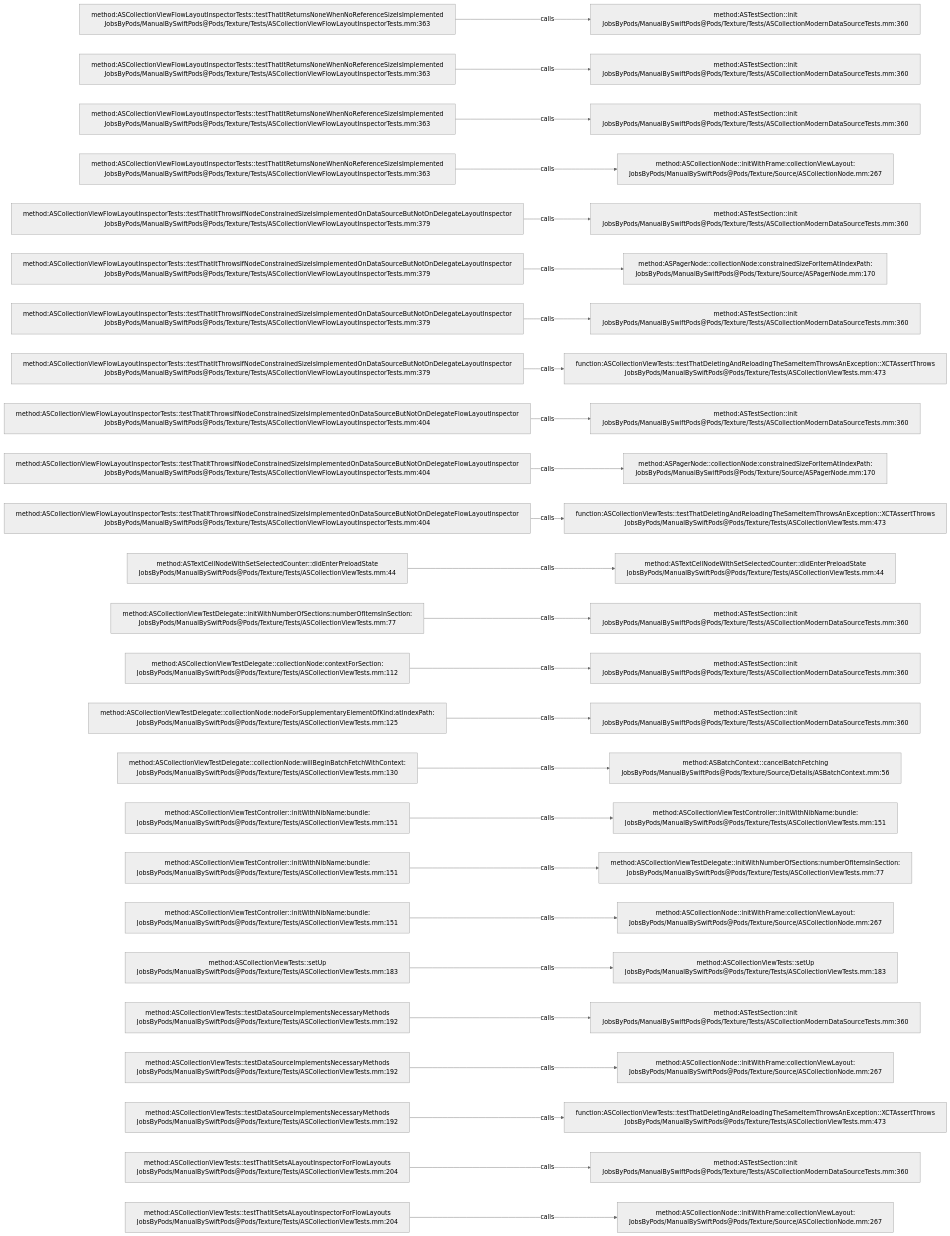
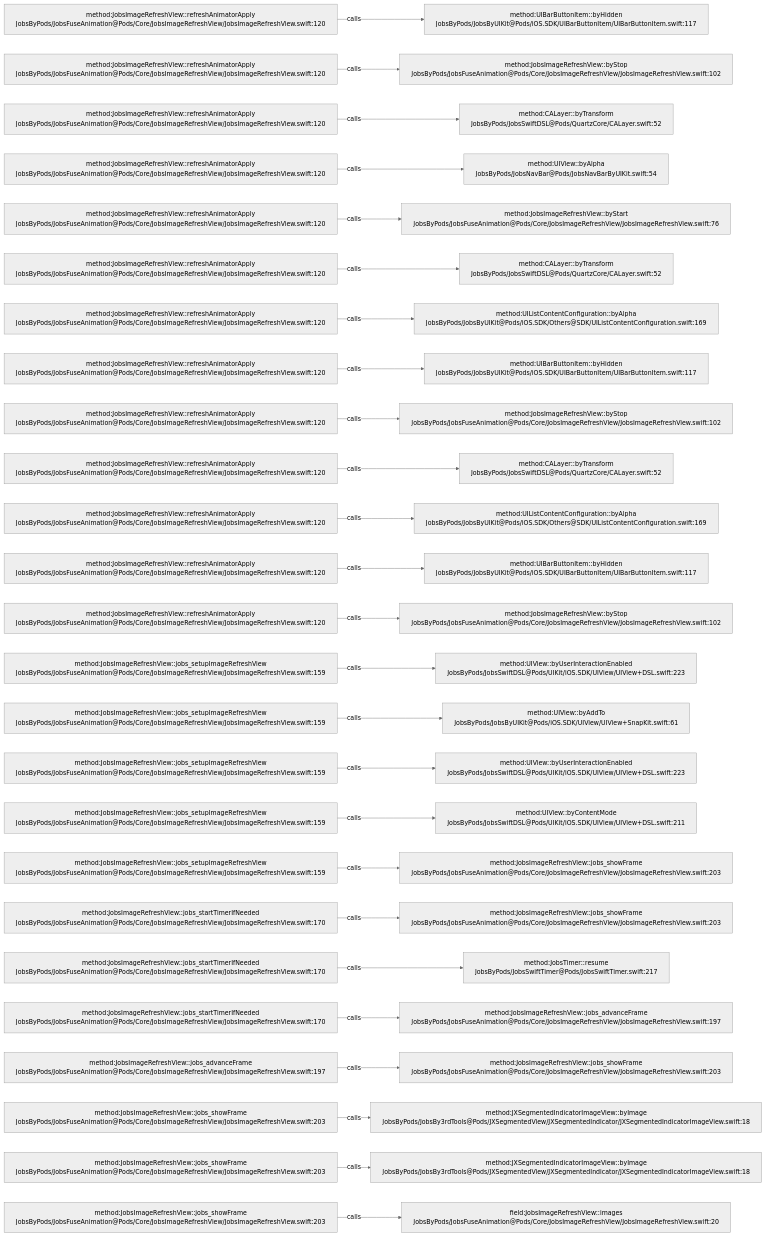
The diagram in .codegraph/codegraph.md/graphs/calls-170.md (JobsKits/JobsSwiftBaseConfigDemo), drawn with Mermaid (neutral theme) before and after one commit. The commit also changed 224 other files, not shown here.

````diff
--- a/.codegraph/codegraph.md/graphs/calls-170.md
+++ b/.codegraph/codegraph.md/graphs/calls-170.md
@@ -13,78 +13,78 @@
 ```mermaid
 flowchart LR
-  S1["method:ASCollectionViewFlowLayoutInspectorTests::testThatItReturnsNoneWhenNoReferenceSizeIsImplemented<br/>JobsByPods/ManualBySwiftPods@Pods/Texture/Tests/ASCollectionViewFlowLayoutInspectorTests.mm:363"]
-  T1["method:ASTestSection::init<br/>JobsByPods/ManualBySwiftPods@Pods/Texture/Tests/ASCollectionModernDataSourceTests.mm:360"]
+  S1["method:JobsImageRefreshView::refreshAnimatorApply<br/>JobsByPods/JobsFuseAnimation@Pods/Core/JobsImageRefreshView/JobsImageRefreshView.swift:120"]
+  T1["method:UIBarButtonItem::byHidden<br/>JobsByPods/JobsByUIKit@Pods/iOS.SDK/UIBarButtonItem/UIBarButtonItem.swift:117"]
   S1 -->|calls| T1
-  S2["method:ASCollectionViewFlowLayoutInspectorTests::testThatItReturnsNoneWhenNoReferenceSizeIsImplemented<br/>JobsByPods/ManualBySwiftPods@Pods/Texture/Tests/ASCollectionViewFlowLayoutInspectorTests.mm:363"]
-  T2["method:ASTestSection::init<br/>JobsByPods/ManualBySwiftPods@Pods/Texture/Tests/ASCollectionModernDataSourceTests.mm:360"]
+  S2["method:JobsImageRefreshView::refreshAnimatorApply<br/>JobsByPods/JobsFuseAnimation@Pods/Core/JobsImageRefreshView/JobsImageRefreshView.swift:120"]
+  T2["method:JobsImageRefreshView::byStop<br/>JobsByPods/JobsFuseAnimation@Pods/Core/JobsImageRefreshView/JobsImageRefreshView.swift:102"]
   S2 -->|calls| T2
-  S3["method:ASCollectionViewFlowLayoutInspectorTests::testThatItReturnsNoneWhenNoReferenceSizeIsImplemented<br/>JobsByPods/ManualBySwiftPods@Pods/Texture/Tests/ASCollectionViewFlowLayoutInspectorTests.mm:363"]
-  T3["method:ASTestSection::init<br/>JobsByPods/ManualBySwiftPods@Pods/Texture/Tests/ASCollectionModernDataSourceTests.mm:360"]
+  S3["method:JobsImageRefreshView::refreshAnimatorApply<br/>JobsByPods/JobsFuseAnimation@Pods/Core/JobsImageRefreshView/JobsImageRefreshView.swift:120"]
+  T3["method:CALayer::byTransform<br/>JobsByPods/JobsSwiftDSL@Pods/QuartzCore/CALayer.swift:52"]
   S3 -->|calls| T3
-  S4["method:ASCollectionViewFlowLayoutInspectorTests::testThatItReturnsNoneWhenNoReferenceSizeIsImplemented<br/>JobsByPods/ManualBySwiftPods@Pods/Texture/Tests/ASCollectionViewFlowLayoutInspectorTests.mm:363"]
-  T4["method:ASCollectionNode::initWithFrame:collectionViewLayout:<br/>JobsByPods/ManualBySwiftPods@Pods/Texture/Source/ASCollectionNode.mm:267"]
+  S4["method:JobsImageRefreshView::refreshAnimatorApply<br/>JobsByPods/JobsFuseAnimation@Pods/Core/JobsImageRefreshView/JobsImageRefreshView.swift:120"]
+  T4["method:UIView::byAlpha<br/>JobsByPods/JobsNavBar@Pods/JobsNavBarByUIKit.swift:54"]
   S4 -->|calls| T4
-  S5["method:ASCollectionViewFlowLayoutInspectorTests::testThatItThrowsIfNodeConstrainedSizeIsImplementedOnDataSourceButNotOnDelegateLayoutInspector<br/>JobsByPods/ManualBySwiftPods@Pods/Texture/Tests/ASCollectionViewFlowLayoutInspectorTests.mm:379"]
-  T5["method:ASTestSection::init<br/>JobsByPods/ManualBySwiftPods@Pods/Texture/Tests/ASCollectionModernDataSourceTests.mm:360"]
+  S5["method:JobsImageRefreshView::refreshAnimatorApply<br/>JobsByPods/JobsFuseAnimation@Pods/Core/JobsImageRefreshView/JobsImageRefreshView.swift:120"]
+  T5["method:JobsImageRefreshView::byStart<br/>JobsByPods/JobsFuseAnimation@Pods/Core/JobsImageRefreshView/JobsImageRefreshView.swift:76"]
   S5 -->|calls| T5
-  S6["method:ASCollectionViewFlowLayoutInspectorTests::testThatItThrowsIfNodeConstrainedSizeIsImplementedOnDataSourceButNotOnDelegateLayoutInspector<br/>JobsByPods/ManualBySwiftPods@Pods/Texture/Tests/ASCollectionViewFlowLayoutInspectorTests.mm:379"]
-  T6["method:ASPagerNode::collectionNode:constrainedSizeForItemAtIndexPath:<br/>JobsByPods/ManualBySwiftPods@Pods/Texture/Source/ASPagerNode.mm:170"]
+  S6["method:JobsImageRefreshView::refreshAnimatorApply<br/>JobsByPods/JobsFuseAnimation@Pods/Core/JobsImageRefreshView/JobsImageRefreshView.swift:120"]
+  T6["method:CALayer::byTransform<br/>JobsByPods/JobsSwiftDSL@Pods/QuartzCore/CALayer.swift:52"]
   S6 -->|calls| T6
-  S7["method:ASCollectionViewFlowLayoutInspectorTests::testThatItThrowsIfNodeConstrainedSizeIsImplementedOnDataSourceButNotOnDelegateLayoutInspector<br/>JobsByPods/ManualBySwiftPods@Pods/Texture/Tests/ASCollectionViewFlowLayoutInspectorTests.mm:379"]
-  T7["method:ASTestSection::init<br/>JobsByPods/ManualBySwiftPods@Pods/Texture/Tests/ASCollectionModernDataSourceTests.mm:360"]
+  S7["method:JobsImageRefreshView::refreshAnimatorApply<br/>JobsByPods/JobsFuseAnimation@Pods/Core/JobsImageRefreshView/JobsImageRefreshView.swift:120"]
+  T7["method:UIListContentConfiguration::byAlpha<br/>JobsByPods/JobsByUIKit@Pods/iOS.SDK/Others@SDK/UIListContentConfiguration.swift:169"]
   S7 -->|calls| T7
-  S8["method:ASCollectionViewFlowLayoutInspectorTests::testThatItThrowsIfNodeConstrainedSizeIsImplementedOnDataSourceButNotOnDelegateLayoutInspector<br/>JobsByPods/ManualBySwiftPods@Pods/Texture/Tests/ASCollectionViewFlowLayoutInspectorTests.mm:379"]
-  T8["function:ASCollectionViewTests::testThatDeletingAndReloadingTheSameItemThrowsAnException::XCTAssertThrows<br/>JobsByPods/ManualBySwiftPods@Pods/Texture/Tests/ASCollectionViewTests.mm:473"]
+  S8["method:JobsImageRefreshView::refreshAnimatorApply<br/>JobsByPods/JobsFuseAnimation@Pods/Core/JobsImageRefreshView/JobsImageRefreshView.swift:120"]
+  T8["method:UIBarButtonItem::byHidden<br/>JobsByPods/JobsByUIKit@Pods/iOS.SDK/UIBarButtonItem/UIBarButtonItem.swift:117"]
   S8 -->|calls| T8
-  S9["method:ASCollectionViewFlowLayoutInspectorTests::testThatItThrowsIfNodeConstrainedSizeIsImplementedOnDataSourceButNotOnDelegateFlowLayoutInspector<br/>JobsByPods/ManualBySwiftPods@Pods/Texture/Tests/ASCollectionViewFlowLayoutInspectorTests.mm:404"]
-  T9["method:ASTestSection::init<br/>JobsByPods/ManualBySwiftPods@Pods/Texture/Tests/ASCollectionModernDataSourceTests.mm:360"]
+  S9["method:JobsImageRefreshView::refreshAnimatorApply<br/>JobsByPods/JobsFuseAnimation@Pods/Core/JobsImageRefreshView/JobsImageRefreshView.swift:120"]
+  T9["method:JobsImageRefreshView::byStop<br/>JobsByPods/JobsFuseAnimation@Pods/Core/JobsImageRefreshView/JobsImageRefreshView.swift:102"]
   S9 -->|calls| T9
-  S10["method:ASCollectionViewFlowLayoutInspectorTests::testThatItThrowsIfNodeConstrainedSizeIsImplementedOnDataSourceButNotOnDelegateFlowLayoutInspector<br/>JobsByPods/ManualBySwiftPods@Pods/Texture/Tests/ASCollectionViewFlowLayoutInspectorTests.mm:404"]
-  T10["method:ASPagerNode::collectionNode:constrainedSizeForItemAtIndexPath:<br/>JobsByPods/ManualBySwiftPods@Pods/Texture/Source/ASPagerNode.mm:170"]
+  S10["method:JobsImageRefreshView::refreshAnimatorApply<br/>JobsByPods/JobsFuseAnimation@Pods/Core/JobsImageRefreshView/JobsImageRefreshView.swift:120"]
+  T10["method:CALayer::byTransform<br/>JobsByPods/JobsSwiftDSL@Pods/QuartzCore/CALayer.swift:52"]
   S10 -->|calls| T10
-  S11["method:ASCollectionViewFlowLayoutInspectorTests::testThatItThrowsIfNodeConstrainedSizeIsImplementedOnDataSourceButNotOnDelegateFlowLayoutInspector<br/>JobsByPods/ManualBySwiftPods@Pods/Texture/Tests/ASCollectionViewFlowLayoutInspectorTests.mm:404"]
-  T11["function:ASCollectionViewTests::testThatDeletingAndReloadingTheSameItemThrowsAnException::XCTAssertThrows<br/>JobsByPods/ManualBySwiftPods@Pods/Texture/Tests/ASCollectionViewTests.mm:473"]
+  S11["method:JobsImageRefreshView::refreshAnimatorApply<br/>JobsByPods/JobsFuseAnimation@Pods/Core/JobsImageRefreshView/JobsImageRefreshView.swift:120"]
+  T11["method:UIListContentConfiguration::byAlpha<br/>JobsByPods/JobsByUIKit@Pods/iOS.SDK/Others@SDK/UIListContentConfiguration.swift:169"]
   S11 -->|calls| T11
-  S12["method:ASTextCellNodeWithSetSelectedCounter::didEnterPreloadState<br/>JobsByPods/ManualBySwiftPods@Pods/Texture/Tests/ASCollectionViewTests.mm:44"]
-  T12["method:ASTextCellNodeWithSetSelectedCounter::didEnterPreloadState<br/>JobsByPods/ManualBySwiftPods@Pods/Texture/Tests/ASCollectionViewTests.mm:44"]
+  S12["method:JobsImageRefreshView::refreshAnimatorApply<br/>JobsByPods/JobsFuseAnimation@Pods/Core/JobsImageRefreshView/JobsImageRefreshView.swift:120"]
+  T12["method:UIBarButtonItem::byHidden<br/>JobsByPods/JobsByUIKit@Pods/iOS.SDK/UIBarButtonItem/UIBarButtonItem.swift:117"]
   S12 -->|calls| T12
-  S13["method:ASCollectionViewTestDelegate::initWithNumberOfSections:numberOfItemsInSection:<br/>JobsByPods/ManualBySwiftPods@Pods/Texture/Tests/ASCollectionViewTests.mm:77"]
-  T13["method:ASTestSection::init<br/>JobsByPods/ManualBySwiftPods@Pods/Texture/Tests/ASCollectionModernDataSourceTests.mm:360"]
+  S13["method:JobsImageRefreshView::refreshAnimatorApply<br/>JobsByPods/JobsFuseAnimation@Pods/Core/JobsImageRefreshView/JobsImageRefreshView.swift:120"]
+  T13["method:JobsImageRefreshView::byStop<br/>JobsByPods/JobsFuseAnimation@Pods/Core/JobsImageRefreshView/JobsImageRefreshView.swift:102"]
   S13 -->|calls| T13
-  S14["method:ASCollectionViewTestDelegate::collectionNode:contextForSection:<br/>JobsByPods/ManualBySwiftPods@Pods/Texture/Tests/ASCollectionViewTests.mm:112"]
-  T14["method:ASTestSection::init<br/>JobsByPods/ManualBySwiftPods@Pods/Texture/Tests/ASCollectionModernDataSourceTests.mm:360"]
+  S14["method:JobsImageRefreshView::jobs_setupImageRefreshView<br/>JobsByPods/JobsFuseAnimation@Pods/Core/JobsImageRefreshView/JobsImageRefreshView.swift:159"]
+  T14["method:UIView::byUserInteractionEnabled<br/>JobsByPods/JobsSwiftDSL@Pods/UIKit/iOS.SDK/UIView/UIView+DSL.swift:223"]
   S14 -->|calls| T14
-  S15["method:ASCollectionViewTestDelegate::collectionNode:nodeForSupplementaryElementOfKind:atIndexPath:<br/>JobsByPods/ManualBySwiftPods@Pods/Texture/Tests/ASCollectionViewTests.mm:125"]
-  T15["method:ASTestSection::init<br/>JobsByPods/ManualBySwiftPods@Pods/Texture/Tests/ASCollectionModernDataSourceTests.mm:360"]
+  S15["method:JobsImageRefreshView::jobs_setupImageRefreshView<br/>JobsByPods/JobsFuseAnimation@Pods/Core/JobsImageRefreshView/JobsImageRefreshView.swift:159"]
+  T15["method:UIView::byAddTo<br/>JobsByPods/JobsByUIKit@Pods/iOS.SDK/UIView/UIView+SnapKit.swift:61"]
   S15 -->|calls| T15
-  S16["method:ASCollectionViewTestDelegate::collectionNode:willBeginBatchFetchWithContext:<br/>JobsByPods/ManualBySwiftPods@Pods/Texture/Tests/ASCollectionViewTests.mm:130"]
-  T16["method:ASBatchContext::cancelBatchFetching<br/>JobsByPods/ManualBySwiftPods@Pods/Texture/Source/Details/ASBatchContext.mm:56"]
+  S16["method:JobsImageRefreshView::jobs_setupImageRefreshView<br/>JobsByPods/JobsFuseAnimation@Pods/Core/JobsImageRefreshView/JobsImageRefreshView.swift:159"]
+  T16["method:UIView::byUserInteractionEnabled<br/>JobsByPods/JobsSwiftDSL@Pods/UIKit/iOS.SDK/UIView/UIView+DSL.swift:223"]
   S16 -->|calls| T16
-  S17["method:ASCollectionViewTestController::initWithNibName:bundle:<br/>JobsByPods/ManualBySwiftPods@Pods/Texture/Tests/ASCollectionViewTests.mm:151"]
-  T17["method:ASCollectionViewTestController::initWithNibName:bundle:<br/>JobsByPods/ManualBySwiftPods@Pods/Texture/Tests/ASCollectionViewTests.mm:151"]
+  S17["method:JobsImageRefreshView::jobs_setupImageRefreshView<br/>JobsByPods/JobsFuseAnimation@Pods/Core/JobsImageRefreshView/JobsImageRefreshView.swift:159"]
+  T17["method:UIView::byContentMode<br/>JobsByPods/JobsSwiftDSL@Pods/UIKit/iOS.SDK/UIView/UIView+DSL.swift:211"]
   S17 -->|calls| T17
-  S18["method:ASCollectionViewTestController::initWithNibName:bundle:<br/>JobsByPods/ManualBySwiftPods@Pods/Texture/Tests/ASCollectionViewTests.mm:151"]
-  T18["method:ASCollectionViewTestDelegate::initWithNumberOfSections:numberOfItemsInSection:<br/>JobsByPods/ManualBySwiftPods@Pods/Texture/Tests/ASCollectionViewTests.mm:77"]
+  S18["method:JobsImageRefreshView::jobs_setupImageRefreshView<br/>JobsByPods/JobsFuseAnimation@Pods/Core/JobsImageRefreshView/JobsImageRefreshView.swift:159"]
+  T18["method:JobsImageRefreshView::jobs_showFrame<br/>JobsByPods/JobsFuseAnimation@Pods/Core/JobsImageRefreshView/JobsImageRefreshView.swift:203"]
   S18 -->|calls| T18
-  S19["method:ASCollectionViewTestController::initWithNibName:bundle:<br/>JobsByPods/ManualBySwiftPods@Pods/Texture/Tests/ASCollectionViewTests.mm:151"]
-  T19["method:ASCollectionNode::initWithFrame:collectionViewLayout:<br/>JobsByPods/ManualBySwiftPods@Pods/Texture/Source/ASCollectionNode.mm:267"]
+  S19["method:JobsImageRefreshView::jobs_startTimerIfNeeded<br/>JobsByPods/JobsFuseAnimation@Pods/Core/JobsImageRefreshView/JobsImageRefreshView.swift:170"]
+  T19["method:JobsImageRefreshView::jobs_showFrame<br/>JobsByPods/JobsFuseAnimation@Pods/Core/JobsImageRefreshView/JobsImageRefreshView.swift:203"]
   S19 -->|calls| T19
-  S20["method:ASCollectionViewTests::setUp<br/>JobsByPods/ManualBySwiftPods@Pods/Texture/Tests/ASCollectionViewTests.mm:183"]
-  T20["method:ASCollectionViewTests::setUp<br/>JobsByPods/ManualBySwiftPods@Pods/Texture/Tests/ASCollectionViewTests.mm:183"]
+  S20["method:JobsImageRefreshView::jobs_startTimerIfNeeded<br/>JobsByPods/JobsFuseAnimation@Pods/Core/JobsImageRefreshView/JobsImageRefreshView.swift:170"]
+  T20["method:JobsTimer::resume<br/>JobsByPods/JobsSwiftTimer@Pods/JobsSwiftTimer.swift:217"]
   S20 -->|calls| T20
-  S21["method:ASCollectionViewTests::testDataSourceImplementsNecessaryMethods<br/>JobsByPods/ManualBySwiftPods@Pods/Texture/Tests/ASCollectionViewTests.mm:192"]
-  T21["method:ASTestSection::init<br/>JobsByPods/ManualBySwiftPods@Pods/Texture/Tests/ASCollectionModernDataSourceTests.mm:360"]
+  S21["method:JobsImageRefreshView::jobs_startTimerIfNeeded<br/>JobsByPods/JobsFuseAnimation@Pods/Core/JobsImageRefreshView/JobsImageRefreshView.swift:170"]
+  T21["method:JobsImageRefreshView::jobs_advanceFrame<br/>JobsByPods/JobsFuseAnimation@Pods/Core/JobsImageRefreshView/JobsImageRefreshView.swift:197"]
   S21 -->|calls| T21
-  S22["method:ASCollectionViewTests::testDataSourceImplementsNecessaryMethods<br/>JobsByPods/ManualBySwiftPods@Pods/Texture/Tests/ASCollectionViewTests.mm:192"]
-  T22["method:ASCollectionNode::initWithFrame:collectionViewLayout:<br/>JobsByPods/ManualBySwiftPods@Pods/Texture/Source/ASCollectionNode.mm:267"]
+  S22["method:JobsImageRefreshView::jobs_advanceFrame<br/>JobsByPods/JobsFuseAnimation@Pods/Core/JobsImageRefreshView/JobsImageRefreshView.swift:197"]
+  T22["method:JobsImageRefreshView::jobs_showFrame<br/>JobsByPods/JobsFuseAnimation@Pods/Core/JobsImageRefreshView/JobsImageRefreshView.swift:203"]
   S22 -->|calls| T22
-  S23["method:ASCollectionViewTests::testDataSourceImplementsNecessaryMethods<br/>JobsByPods/ManualBySwiftPods@Pods/Texture/Tests/ASCollectionViewTests.mm:192"]
-  T23["function:ASCollectionViewTests::testThatDeletingAndReloadingTheSameItemThrowsAnException::XCTAssertThrows<br/>JobsByPods/ManualBySwiftPods@Pods/Texture/Tests/ASCollectionViewTests.mm:473"]
+  S23["method:JobsImageRefreshView::jobs_showFrame<br/>JobsByPods/JobsFuseAnimation@Pods/Core/JobsImageRefreshView/JobsImageRefreshView.swift:203"]
+  T23["method:JXSegmentedIndicatorImageView::byImage<br/>JobsByPods/JobsBy3rdTools@Pods/JXSegmentedView/JXSegmentedIndicator/JXSegmentedIndicatorImageView.swift:18"]
   S23 -->|calls| T23
-  S24["method:ASCollectionViewTests::testThatItSetsALayoutInspectorForFlowLayouts<br/>JobsByPods/ManualBySwiftPods@Pods/Texture/Tests/ASCollectionViewTests.mm:204"]
-  T24["method:ASTestSection::init<br/>JobsByPods/ManualBySwiftPods@Pods/Texture/Tests/ASCollectionModernDataSourceTests.mm:360"]
+  S24["method:JobsImageRefreshView::jobs_showFrame<br/>JobsByPods/JobsFuseAnimation@Pods/Core/JobsImageRefreshView/JobsImageRefreshView.swift:203"]
+  T24["method:JXSegmentedIndicatorImageView::byImage<br/>JobsByPods/JobsBy3rdTools@Pods/JXSegmentedView/JXSegmentedIndicator/JXSegmentedIndicatorImageView.swift:18"]
   S24 -->|calls| T24
-  S25["method:ASCollectionViewTests::testThatItSetsALayoutInspectorForFlowLayouts<br/>JobsByPods/ManualBySwiftPods@Pods/Texture/Tests/ASCollectionViewTests.mm:204"]
-  T25["method:ASCollectionNode::initWithFrame:collectionViewLayout:<br/>JobsByPods/ManualBySwiftPods@Pods/Texture/Source/ASCollectionNode.mm:267"]
+  S25["method:JobsImageRefreshView::jobs_showFrame<br/>JobsByPods/JobsFuseAnimation@Pods/Core/JobsImageRefreshView/JobsImageRefreshView.swift:203"]
+  T25["field:JobsImageRefreshView::images<br/>JobsByPods/JobsFuseAnimation@Pods/Core/JobsImageRefreshView/JobsImageRefreshView.swift:20"]
   S25 -->|calls| T25
 ```
````
